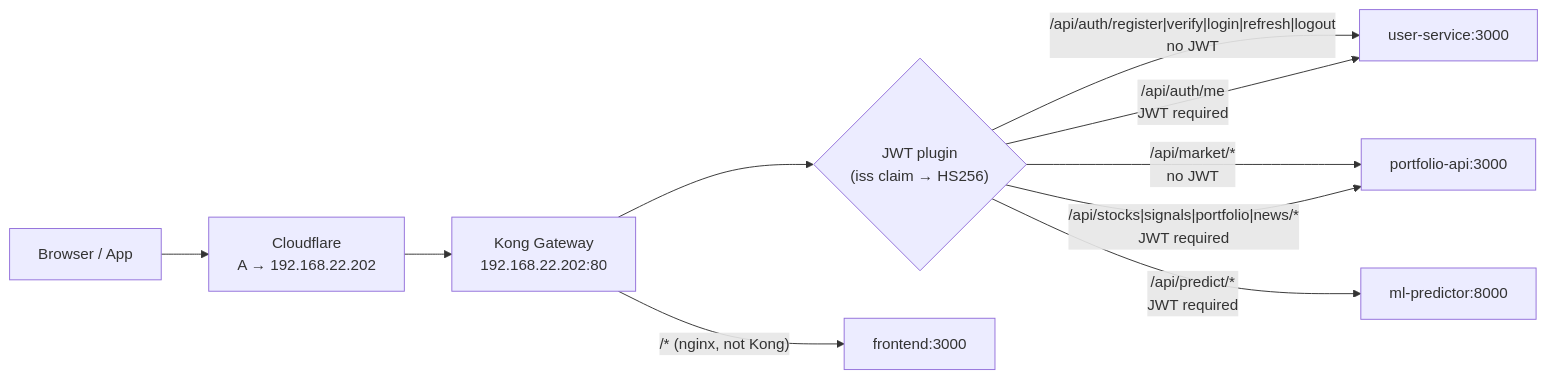
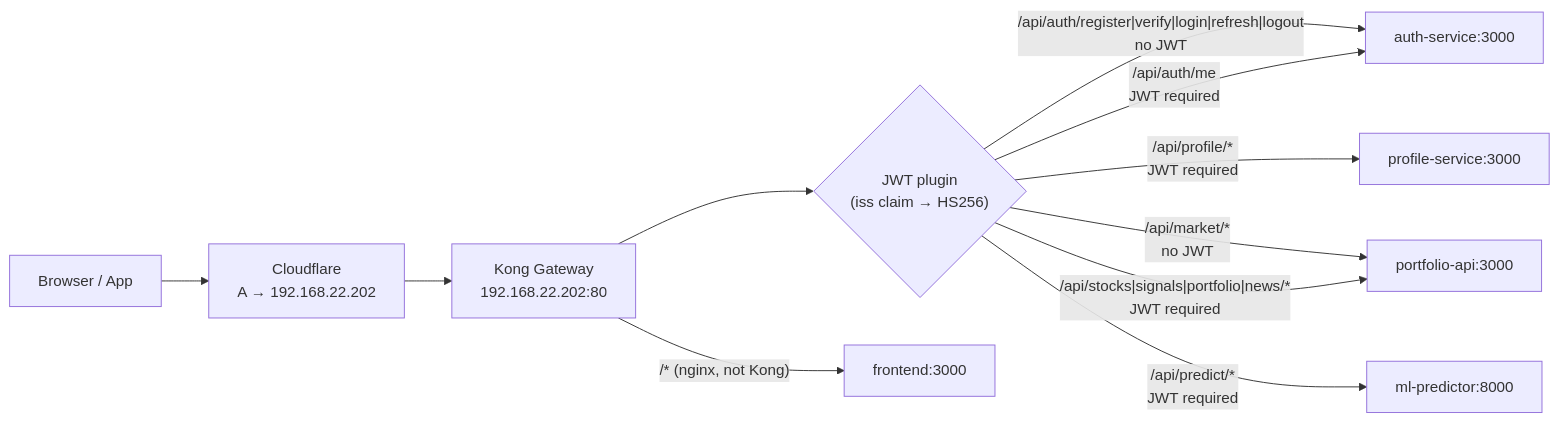
Before and after one commit to akann/k8s-apps: the fifth of 13 diagrams in README.md, drawn with Mermaid. The commit also changed other lines of this file and 1 other file, not shown here.

First line of the commit message:
docs: replace user-service with auth-service + profile-service throughout

````diff
--- a/README.md
+++ b/README.md
@@ -230,12 +230,13 @@
 ```mermaid
 graph LR
     Client["Browser / App"] --> CF["Cloudflare<br/>A → 192.168.22.202"]
     CF --> Kong["Kong Gateway<br/>192.168.22.202:80"]
     Kong --> JWT{"JWT plugin<br/>(iss claim → HS256)"}
-    JWT -->|"/api/auth/register|verify|login|refresh|logout<br/>no JWT"| US["user-service:3000"]
-    JWT -->|"/api/auth/me<br/>JWT required"| US
+    JWT -->|"/api/auth/register|verify|login|refresh|logout<br/>no JWT"| AS["auth-service:3000"]
+    JWT -->|"/api/auth/me<br/>JWT required"| AS
+    JWT -->|"/api/profile/*<br/>JWT required"| PFS["profile-service:3000"]
     JWT -->|"/api/market/*<br/>no JWT"| PA["portfolio-api:3000"]
     JWT -->|"/api/stocks|signals|portfolio|news/*<br/>JWT required"| PA
     JWT -->|"/api/predict/*<br/>JWT required"| ML["ml-predictor:8000"]
     Kong -->|"/* (nginx, not Kong)"| FE["frontend:3000"]
 ```
````
